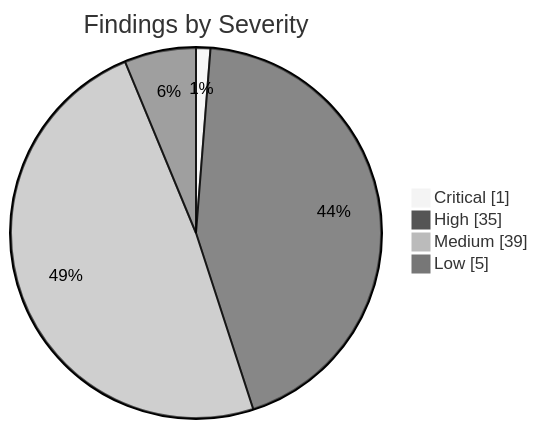
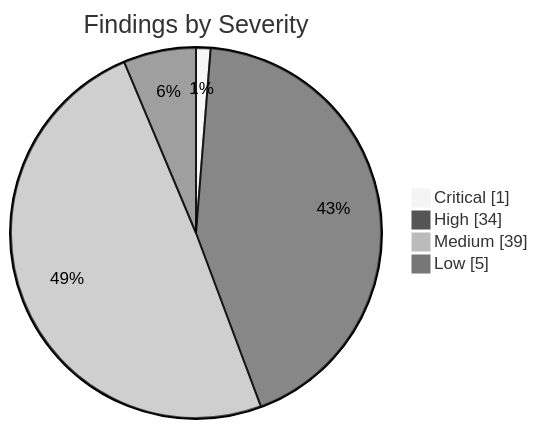
Before and after one commit to KBVE/kbve: the first of 2 diagrams in apps/kbve/astro-kbve/src/content/docs/dashboard/security.mdx, drawn with Mermaid (neutral theme). The commit also changed other lines of this file and 8 other files, not shown here.

````diff
--- a/apps/kbve/astro-kbve/src/content/docs/dashboard/security.mdx
+++ b/apps/kbve/astro-kbve/src/content/docs/dashboard/security.mdx
@@ -62,8 +62,8 @@
 ```mermaid
 pie showData
     title Findings by Severity
     "Critical" : 1
-    "High" : 35
+    "High" : 34
     "Medium" : 39
     "Low" : 5
 ```
````
